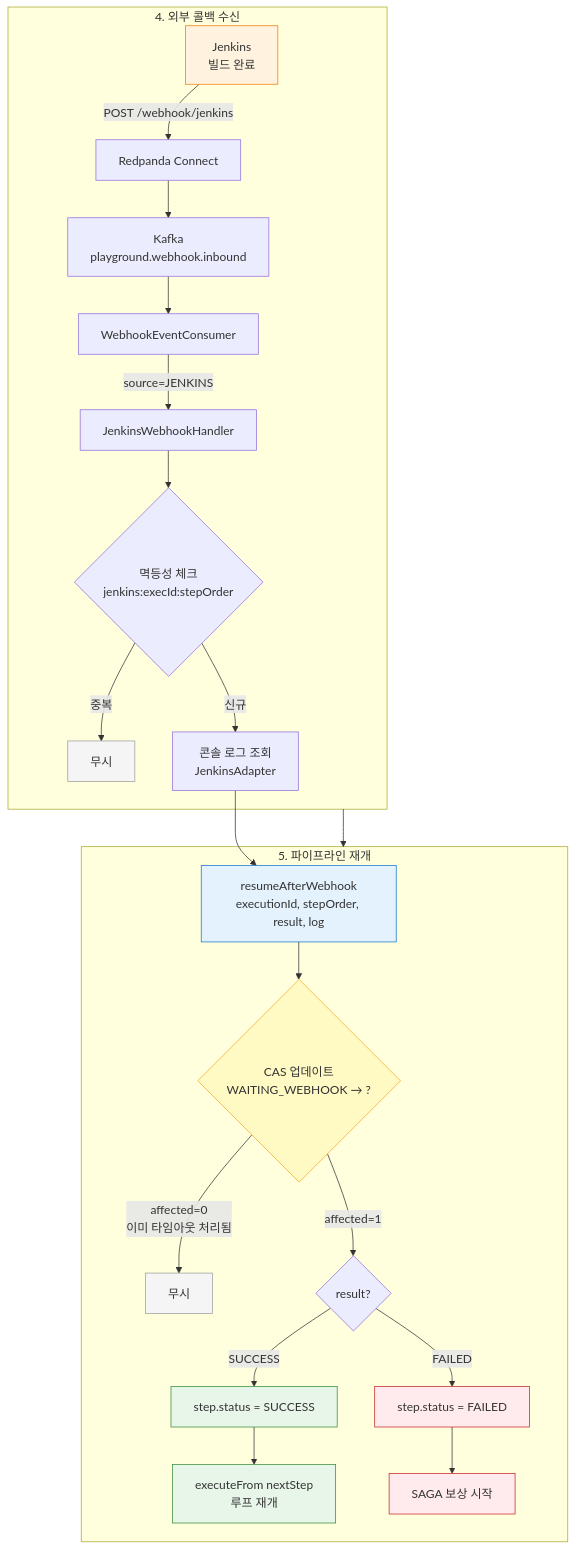
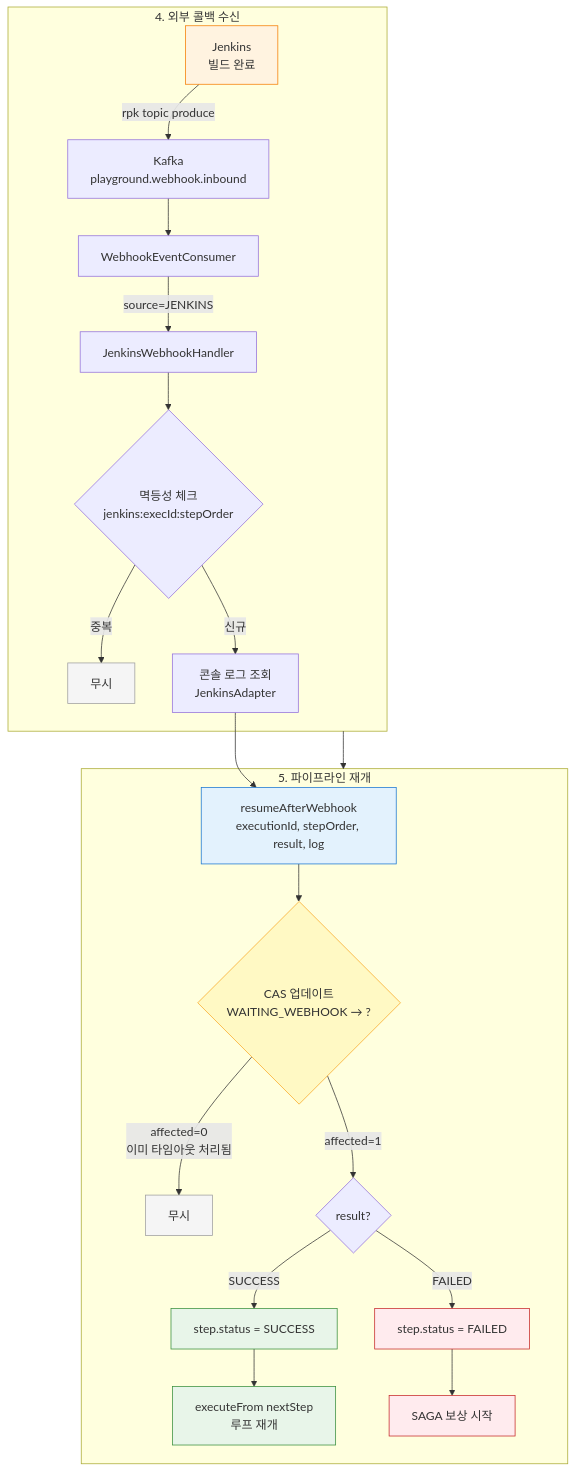
The tenth of 13 diagrams in docs/domain-guide.md (scofe97/Redpanda-PlayGround), drawn with Mermaid before and after one commit. The commit also changed other lines of this file and 25 other files, not shown here.

````diff
--- a/docs/domain-guide.md
+++ b/docs/domain-guide.md
@@ -447,35 +453,34 @@
 ```mermaid
 graph TD
     subgraph CALLBACK["4. 외부 콜백 수신"]
-        A["Jenkins<br>빌드 완료"] -->|POST /webhook/jenkins| B[Redpanda Connect]
-        B --> C[Kafka<br>playground.webhook.inbound]
+        A["Jenkins<br>빌드 완료"] -->|rpk topic produce| C[Kafka<br>playground.webhook.inbound]
         C --> D[WebhookEventConsumer]
         D -->|source=JENKINS| E[JenkinsWebhookHandler]
         E --> F{"멱등성 체크<br>jenkins:execId:stepOrder"}
         F -->|중복| Z2[무시]
         F -->|신규| G["콘솔 로그 조회<br>JenkinsAdapter"]
     end
 
     subgraph RESUME["5. 파이프라인 재개"]
         G --> H["resumeAfterWebhook<br>executionId, stepOrder, result, log"]
         H --> I{"CAS 업데이트<br>WAITING_WEBHOOK → ?"}
         I -->|affected=0<br>이미 타임아웃 처리됨| Z3[무시]
         I -->|affected=1| J{result?}
         J -->|SUCCESS| K["step.status = SUCCESS"]
         K --> L["executeFrom nextStep<br>루프 재개"]
         J -->|FAILED| M["step.status = FAILED"]
         M --> N["SAGA 보상 시작"]
     end
 
     CALLBACK --> RESUME
 
     style A fill:#FFF3E0,stroke:#F57C00,color:#333
     style H fill:#E3F2FD,stroke:#1976D2,color:#333
     style I fill:#FFF9C4,stroke:#F9A825,color:#333
     style K fill:#E8F5E9,stroke:#388E3C,color:#333
     style M fill:#FFEBEE,stroke:#C62828,color:#333
     style L fill:#E8F5E9,stroke:#388E3C,color:#333
     style N fill:#FFEBEE,stroke:#C62828,color:#333
     style Z2 fill:#F5F5F5,stroke:#9E9E9E,color:#333
     style Z3 fill:#F5F5F5,stroke:#9E9E9E,color:#333
 ```
````
